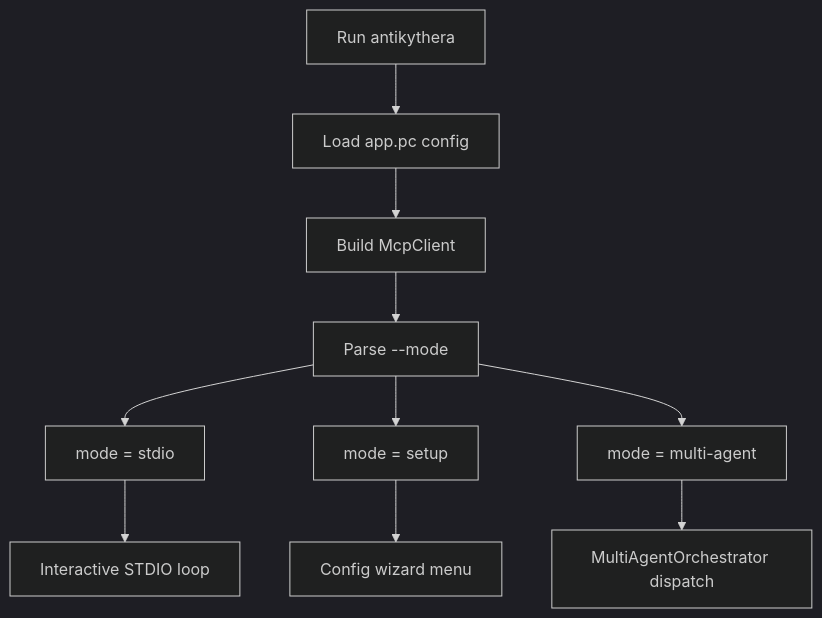
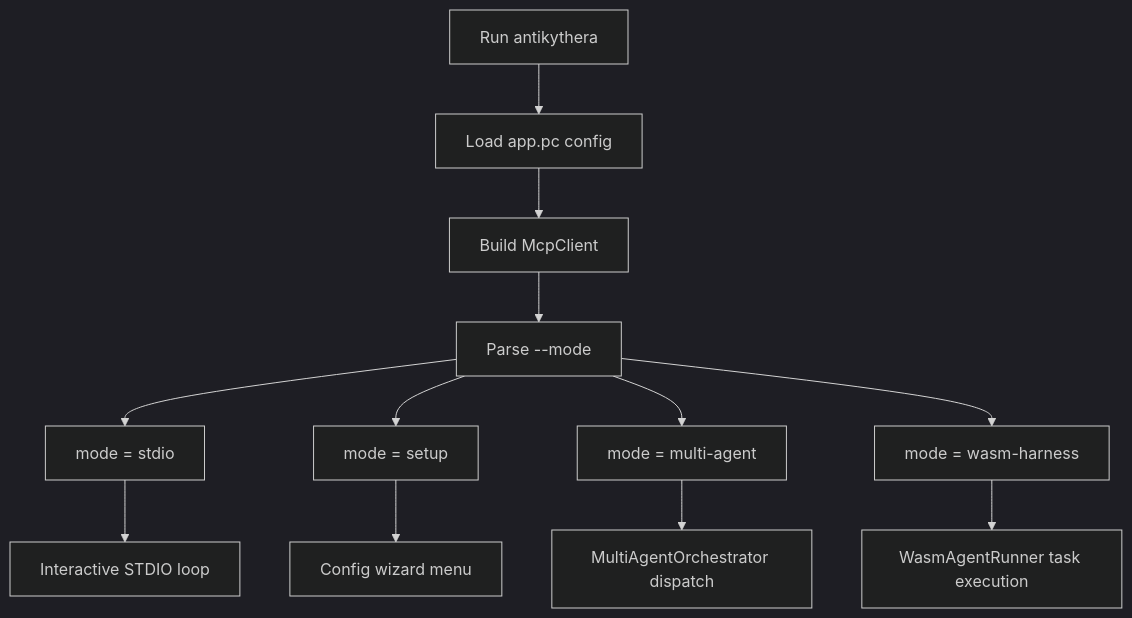
Before and after one commit to tsfarizi/antikhitera-mcp-client: the second of 3 diagrams in documentation/CLI.md, drawn with Mermaid (dark theme). The commit also changed other lines of this file and 18 other files, not shown here.

````diff
--- a/documentation/CLI.md
+++ b/documentation/CLI.md
@@ -41,12 +43,14 @@
 ```mermaid
 flowchart TD
     START[Run antikythera] --> LOAD[Load app.pc config]
     LOAD --> BUILD[Build McpClient]
     BUILD --> PARSE[Parse --mode]
     PARSE --> STDIO[mode = stdio]
     PARSE --> SETUP[mode = setup]
     PARSE --> MULTI[mode = multi-agent]
+    PARSE --> HARNESS[mode = wasm-harness]
     STDIO --> CHAT[Interactive STDIO loop]
     SETUP --> WIZARD[Config wizard menu]
     MULTI --> ORCH[MultiAgentOrchestrator dispatch]
+    HARNESS --> WASM[WasmAgentRunner task execution]
 ```
````
